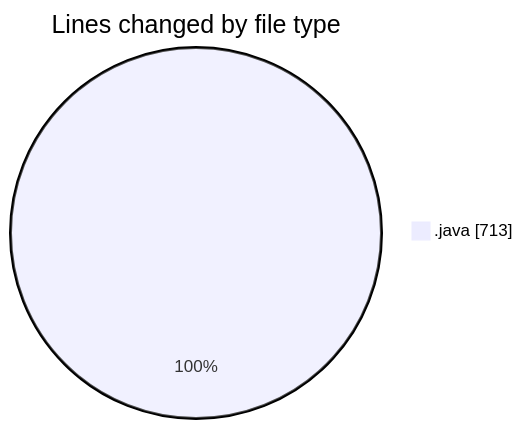
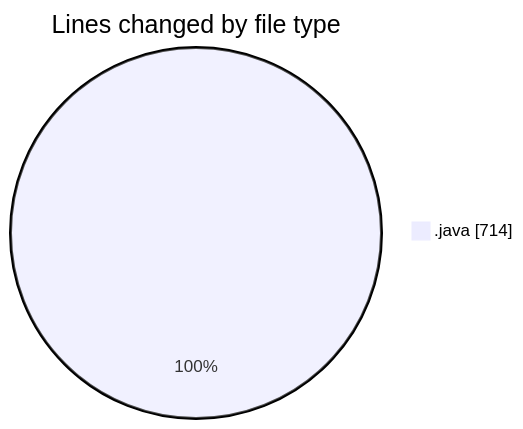
One commit to charlie-sans/code-tracking changed the first of 2 diagrams in 2025-02-20/micros/README.md. Above: the diagram before and after it, drawn with Mermaid. The commit also changed other lines of this file and 1 other file, not shown here.

````diff
--- a/2025-02-20/micros/README.md
+++ b/2025-02-20/micros/README.md
@@ -23,5 +23,5 @@
 ```mermaid
 pie showData
 title Lines changed by file type
-".java" : 713
+".java" : 714
 ```
````
